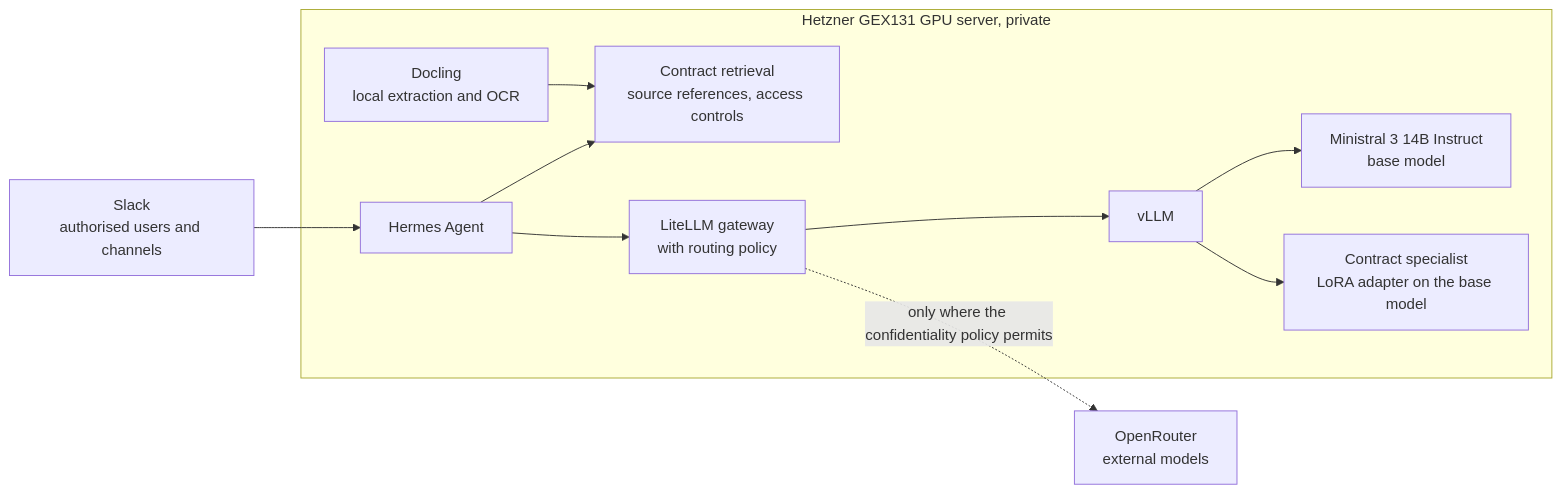
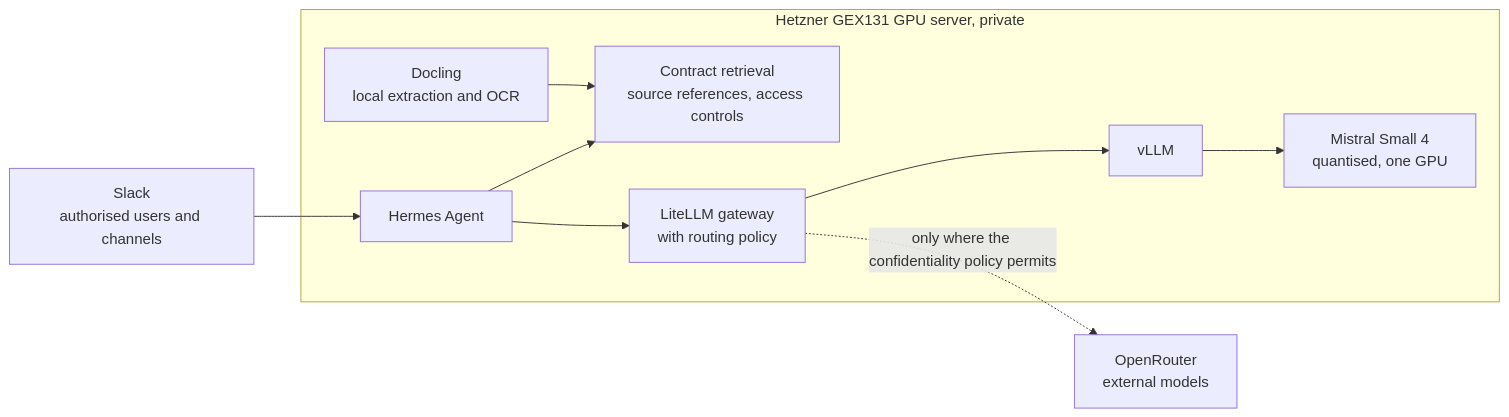
One commit to bendob27/contract-assistant changed the diagram in README.md. Above: the diagram before and after it, drawn with Mermaid. The commit also changed other lines of this file and 4 other files, not shown here.

First line of the commit message:
Document the switch to quantised Mistral Small 4

````diff
--- a/README.md
+++ b/README.md
@@ -13,15 +13,14 @@
 ```mermaid
 flowchart LR
     U["Slack<br/>authorised users and channels"] --> H["Hermes Agent"]
 
     subgraph server["Hetzner GEX131 GPU server, private"]
         H --> R["Contract retrieval<br/>source references, access controls"]
         H --> G["LiteLLM gateway<br/>with routing policy"]
         G --> V["vLLM"]
-        V --> B["Ministral 3 14B Instruct<br/>base model"]
-        V --> S["Contract specialist<br/>LoRA adapter on the base model"]
+        V --> M["Mistral Small 4<br/>quantised, one GPU"]
         D["Docling<br/>local extraction and OCR"] --> R
     end
 
     G -. "only where the confidentiality policy permits" .-> O["OpenRouter<br/>external models"]
 ```
````
